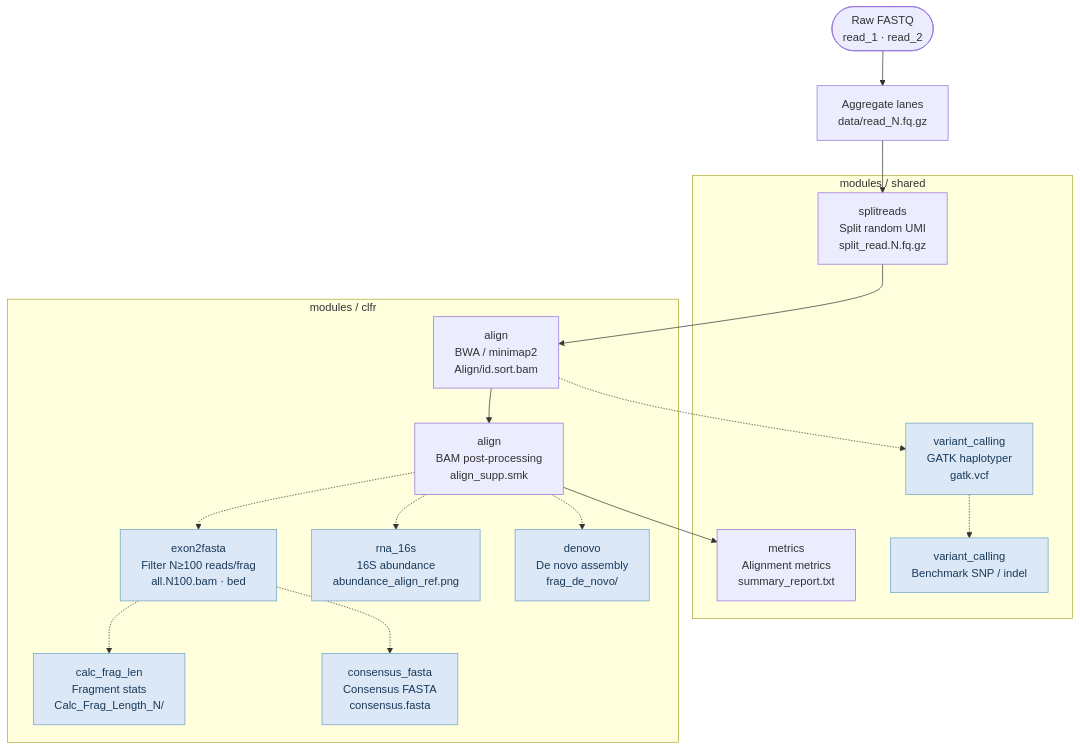
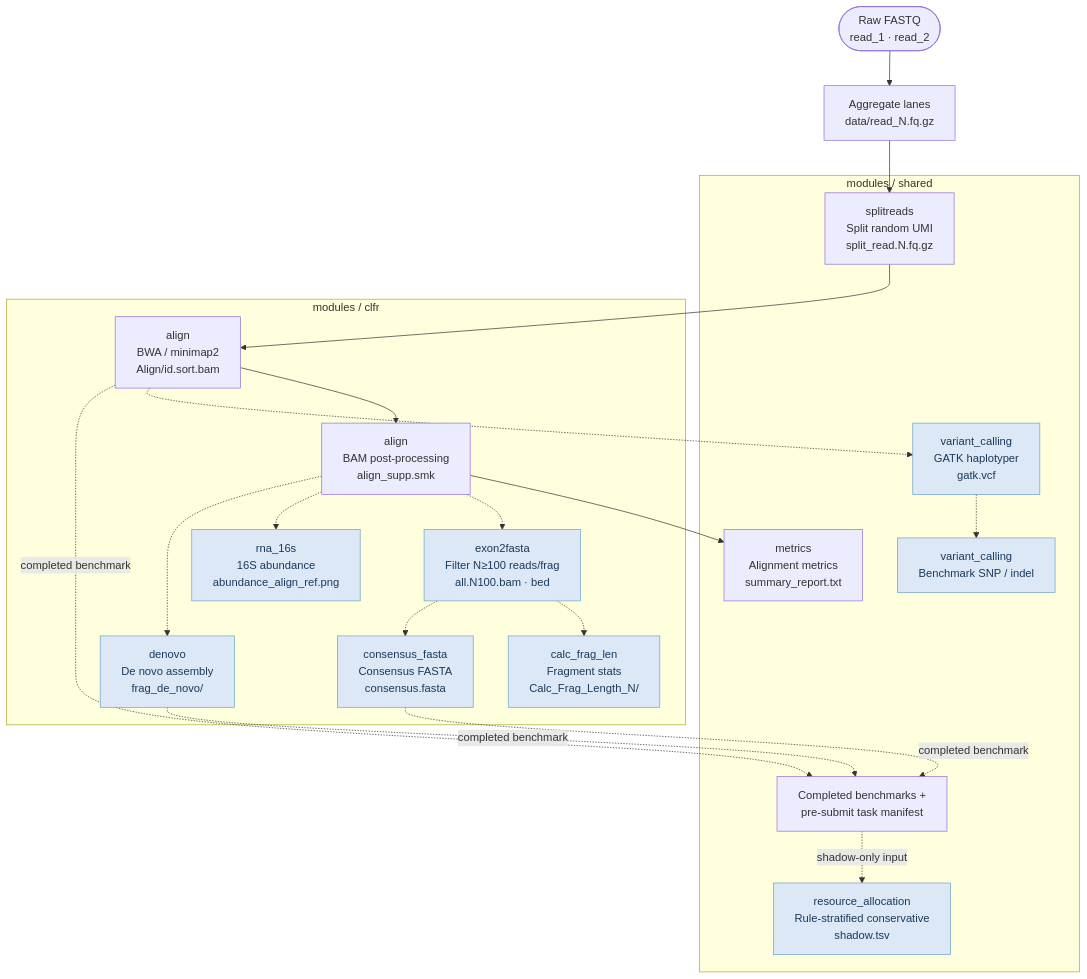
One commit to Complete-Genomics/LFR_Pipeline changed the second of 2 diagrams in README.md. Above: the diagram before and after it, drawn with Mermaid.

Commit message:
Document resource allocation shadow in cLFR workflow

````diff
--- a/README.md
+++ b/README.md
@@ -114,35 +114,41 @@
 ```mermaid
 flowchart TD
     raw(["Raw FASTQ\nread_1 · read_2"])
     agg["Aggregate lanes\ndata/read_N.fq.gz"]
 
     subgraph SH["modules / shared"]
         split["splitreads\nSplit random UMI\nsplit_read.N.fq.gz"]
         met["metrics\nAlignment metrics\nsummary_report.txt"]
         vc["variant_calling\nGATK haplotyper\ngatk.vcf"]
         bench["variant_calling\nBenchmark SNP / indel"]
+        allocdata["Completed benchmarks +\npre-submit task manifest"]
+        alloc["resource_allocation\nRule-stratified conservative\nshadow.tsv"]
     end
 
     subgraph CL["modules / clfr"]
         map["align\nBWA / minimap2\nAlign/id.sort.bam"]
         supp["align\nBAM post-processing\nalign_supp.smk"]
         exon["exon2fasta\nFilter N≥100 reads/frag\nall.N100.bam · bed"]
         frag["calc_frag_len\nFragment stats\nCalc_Frag_Length_N/"]
         consensus["consensus_fasta\nConsensus FASTA\nconsensus.fasta"]
         rna["rna_16s\n16S abundance\nabundance_align_ref.png"]
         denovo["denovo\nDe novo assembly\nfrag_de_novo/"]
     end
 
     raw --> agg --> split --> map
     map --> supp --> met
     supp -.-> exon
     exon -.-> frag
     exon -.-> consensus
     supp -.-> rna
     supp -.-> denovo
     map -.-> vc
     vc -.-> bench
+    map -.->|completed benchmark| allocdata
+    consensus -.->|completed benchmark| allocdata
+    denovo -.->|completed benchmark| allocdata
+    allocdata -.->|shadow-only input| alloc
 
     classDef opt fill:#dce8f5,stroke:#6ca3c8,color:#1a3a5c
-    class exon,frag,consensus,rna,denovo,vc,bench opt
+    class exon,frag,consensus,rna,denovo,vc,bench,alloc opt
 ```
````
